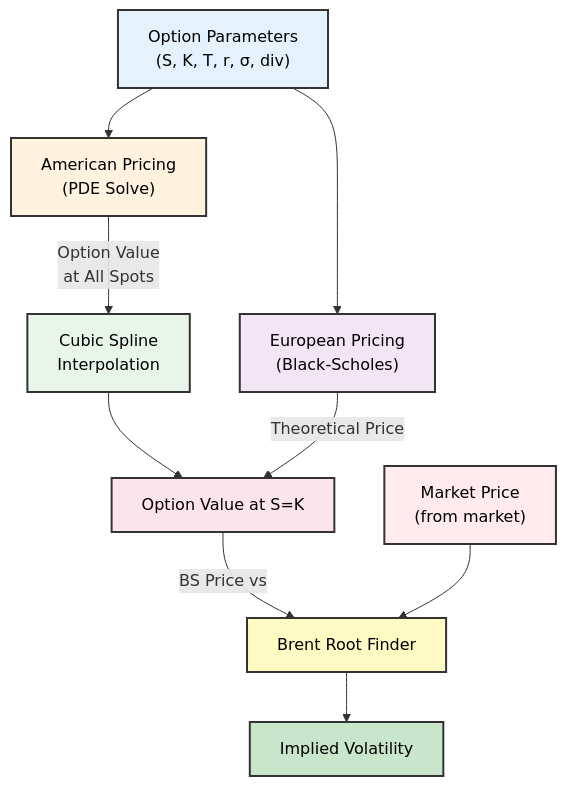
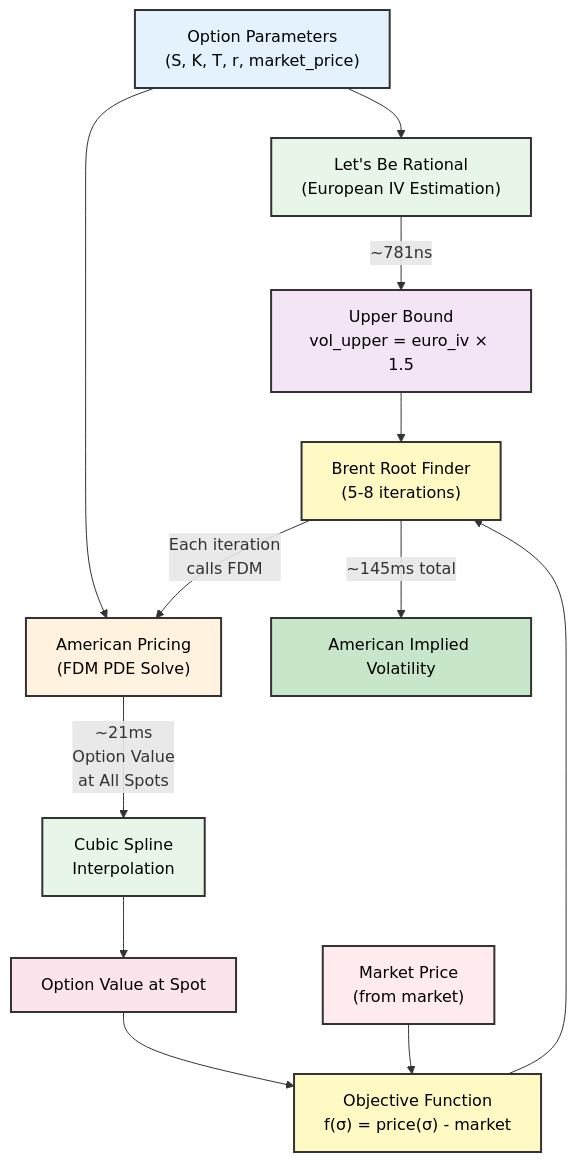
The sixth of 6 diagrams in docs/ARCHITECTURE.md (accelas/mango-option), drawn with Mermaid before and after one commit. The commit also changed other lines of this file and 4 other files, not shown here.

First line of the commit message:
Update documentation for American option focus

````diff
--- a/docs/ARCHITECTURE.md
+++ b/docs/ARCHITECTURE.md
@@ -1363,39 +1362,48 @@
 ```mermaid
 graph TD
-    PARAMS["Option Parameters<br/>(S, K, T, r, σ, div)"]
+    PARAMS["Option Parameters<br/>(S, K, T, r, market_price)"]
 
-    AMERICAN["American Pricing<br/>(PDE Solve)"]
-    EUROPEAN["European Pricing<br/>(Black-Scholes)"]
+    LBR["Let's Be Rational<br/>(European IV Estimation)"]
+
+    BOUNDS["Upper Bound<br/>vol_upper = euro_iv × 1.5"]
+
+    AMERICAN["American Pricing<br/>(FDM PDE Solve)"]
 
     SPLINE["Cubic Spline<br/>Interpolation"]
 
-    VALUE["Option Value at S=K"]
+    VALUE["Option Value at Spot"]
 
     MARKET["Market Price<br/>(from market)"]
 
-    BRENT["Brent Root Finder"]
+    OBJECTIVE["Objective Function<br/>f(σ) = price(σ) - market"]
 
-    IV["Implied Volatility"]
+    BRENT["Brent Root Finder<br/>(5-8 iterations)"]
+
+    IV["American Implied Volatility"]
+
+    PARAMS --> LBR
+    LBR -->|"~781ns"| BOUNDS
+    BOUNDS --> BRENT
 
     PARAMS --> AMERICAN
-    PARAMS --> EUROPEAN
+    AMERICAN -->|"~21ms<br/>Option Value<br/>at All Spots"| SPLINE
+    SPLINE --> VALUE
+    VALUE --> OBJECTIVE
 
-    AMERICAN -->|"Option Value<br/>at All Spots"| SPLINE
-    SPLINE --> VALUE
+    MARKET --> OBJECTIVE
+    OBJECTIVE --> BRENT
 
-    EUROPEAN -->|"Theoretical Price"| VALUE
-
-    VALUE -->|"BS Price vs"| BRENT
-    MARKET --> BRENT
-
-    BRENT --> IV
+    BRENT -->|"Each iteration<br/>calls FDM"| AMERICAN
+    BRENT -->|"~145ms total"| IV
 
     style PARAMS fill:#e3f2fd,stroke:#333,stroke-width:2px,color:#000
+    style LBR fill:#e8f5e9,stroke:#333,stroke-width:2px,color:#000
+    style BOUNDS fill:#f3e5f5,stroke:#333,stroke-width:2px,color:#000
     style AMERICAN fill:#fff3e0,stroke:#333,stroke-width:2px,color:#000
-    style EUROPEAN fill:#f3e5f5,stroke:#333,stroke-width:2px,color:#000
     style SPLINE fill:#e8f5e9,stroke:#333,stroke-width:2px,color:#000
     style VALUE fill:#fce4ec,stroke:#333,stroke-width:2px,color:#000
     style MARKET fill:#ffebee,stroke:#333,stroke-width:2px,color:#000
+    style OBJECTIVE fill:#fff9c4,stroke:#333,stroke-width:2px,color:#000
     style BRENT fill:#fff9c4,stroke:#333,stroke-width:2px,color:#000
     style IV fill:#c8e6c9,stroke:#333,stroke-width:2px,color:#000
 ```
````
